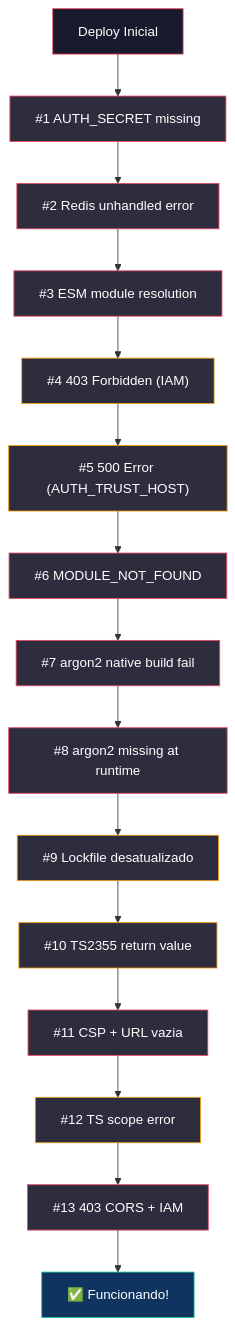
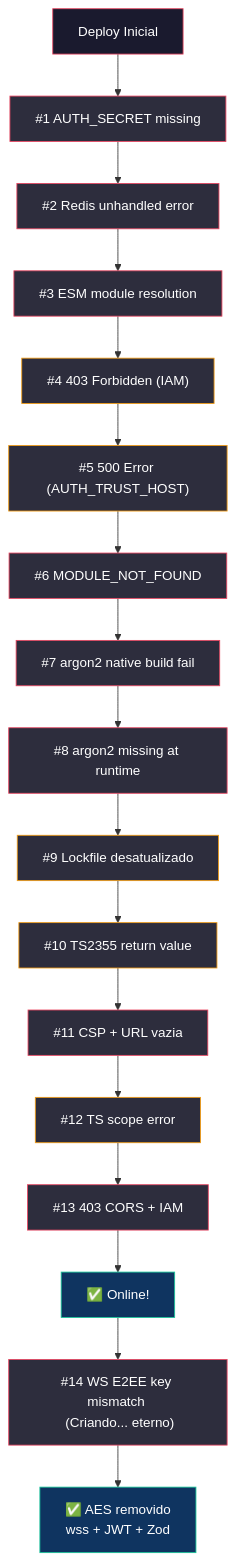
One commit to Uriik/CogniQuest changed the diagram in docs/deployment_incident_report.md. Above: the diagram before and after it, drawn with Mermaid. The commit also changed other lines of this file and 10 other files, not shown here.

Commit message:
feat: implement game server infrastructure with Redis, Socket.io, and architectural documentation

````diff
--- a/docs/deployment_incident_report.md
+++ b/docs/deployment_incident_report.md
@@ -214,33 +236,37 @@
 ```mermaid
 flowchart TD
     A["Deploy Inicial"] --> B["#1 AUTH_SECRET missing"]
     B --> C["#2 Redis unhandled error"]
     C --> D["#3 ESM module resolution"]
     D --> E["#4 403 Forbidden (IAM)"]
     E --> F["#5 500 Error (AUTH_TRUST_HOST)"]
     F --> G["#6 MODULE_NOT_FOUND"]
     G --> H["#7 argon2 native build fail"]
     H --> I["#8 argon2 missing at runtime"]
     I --> J["#9 Lockfile desatualizado"]
     J --> K["#10 TS2355 return value"]
     K --> L["#11 CSP + URL vazia"]
     L --> M["#12 TS scope error"]
     M --> N["#13 403 CORS + IAM"]
-    N --> O["✅ Funcionando!"]
+    N --> O["✅ Online!"]
+    O --> P["#14 WS E2EE key mismatch <br> (Criando... eterno)"]
+    P --> Q["✅ AES removido <br> wss + JWT + Zod"]
+    style P fill:#2d2d3d,stroke:#e94560,color:#fff
+    style Q fill:#0f3460,stroke:#16c79a,color:#fff
     
     style A fill:#1a1a2e,stroke:#e94560,color:#fff
     style O fill:#0f3460,stroke:#16c79a,color:#fff
     style B fill:#2d2d3d,stroke:#e94560,color:#fff
     style C fill:#2d2d3d,stroke:#e94560,color:#fff
     style D fill:#2d2d3d,stroke:#e94560,color:#fff
     style E fill:#2d2d3d,stroke:#f39c12,color:#fff
     style F fill:#2d2d3d,stroke:#f39c12,color:#fff
     style G fill:#2d2d3d,stroke:#e94560,color:#fff
     style H fill:#2d2d3d,stroke:#e94560,color:#fff
     style I fill:#2d2d3d,stroke:#e94560,color:#fff
     style J fill:#2d2d3d,stroke:#f39c12,color:#fff
     style K fill:#2d2d3d,stroke:#f39c12,color:#fff
     style L fill:#2d2d3d,stroke:#e94560,color:#fff
     style M fill:#2d2d3d,stroke:#f39c12,color:#fff
     style N fill:#2d2d3d,stroke:#e94560,color:#fff
 ```
````
